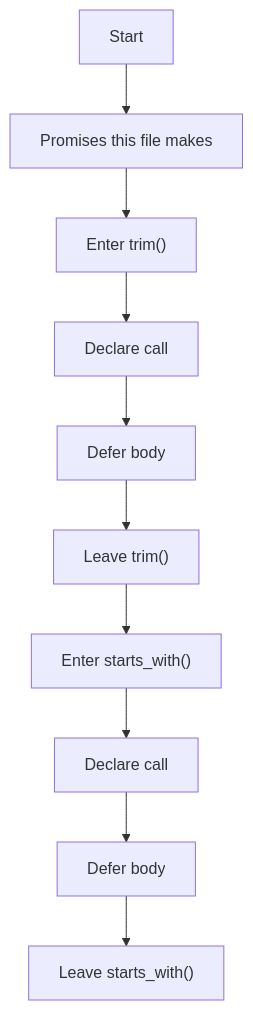
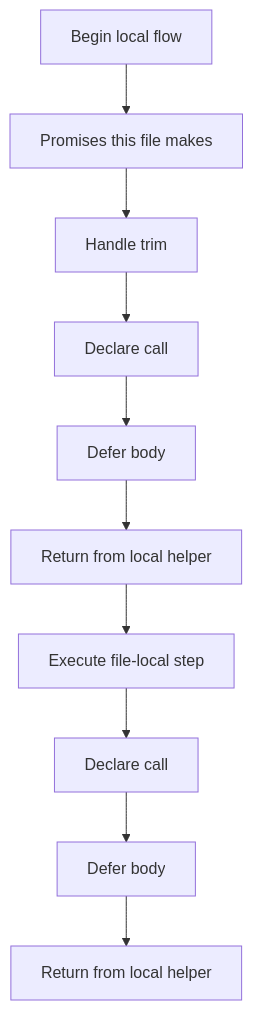
One commit to JohnAndrewBalbarosa/NeoTerritory changed the first of 6 diagrams in docs/Codebase/Microservice/Modules/Header/SyntacticBrokenAST/Analysis/ImplementationUse/Resolution/Symbols/Internal/Flow/parse_tree_symbols_internal_program_flow.hpp.md. Above: the diagram before and after it, drawn with Mermaid. The commit also changed other lines of this file and 915 other files, not shown here.

````diff
--- a/docs/Codebase/Microservice/Modules/Header/SyntacticBrokenAST/Analysis/ImplementationUse/Resolution/Symbols/Internal/Flow/parse_tree_symbols_internal_program_flow.hpp.md
+++ b/docs/Codebase/Microservice/Modules/Header/SyntacticBrokenAST/Analysis/ImplementationUse/Resolution/Symbols/Internal/Flow/parse_tree_symbols_internal_program_flow.hpp.md
@@ -15,22 +15,22 @@
 ```mermaid
 flowchart TD
-    N0["Start"]
+    N0["Begin local flow"]
     N1["Promises this file makes"]
-    N2["Enter trim()"]
+    N2["Handle trim"]
     N3["Declare call"]
     N4["Defer body"]
-    N5["Leave trim()"]
-    N6["Enter starts_with()"]
+    N5["Return from local helper"]
+    N6["Execute file-local step"]
     N7["Declare call"]
     N8["Defer body"]
-    N9["Leave starts_with()"]
+    N9["Return from local helper"]
     N0 --> N1
     N1 --> N2
     N2 --> N3
     N3 --> N4
     N4 --> N5
     N5 --> N6
     N6 --> N7
     N7 --> N8
     N8 --> N9
 ```
````
